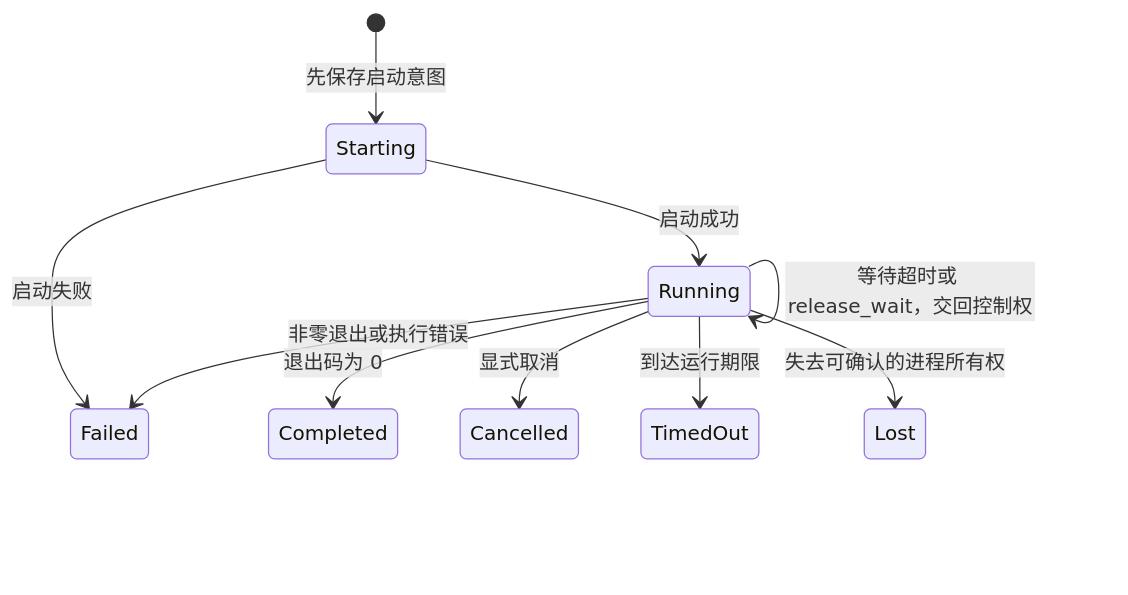
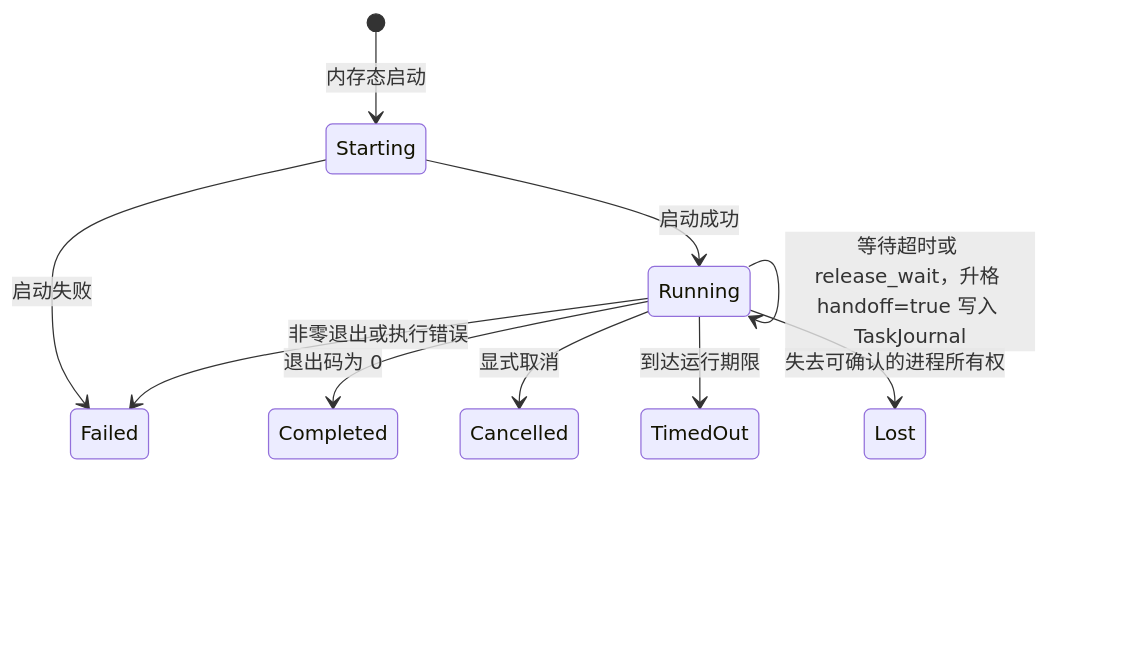
The diagram in docs/internals/05-autonomy/managed-tasks.zh-CN.md (Azzurroooo/rind), drawn with Mermaid before and after one commit. The commit also changed other lines of this file and 29 other files, not shown here.

```diff
--- a/docs/internals/05-autonomy/managed-tasks.zh-CN.md
+++ b/docs/internals/05-autonomy/managed-tasks.zh-CN.md
@@ -7,12 +7,12 @@
 ~~~mermaid
 stateDiagram-v2
-    [*] --> Starting: 先保存启动意图
+    [*] --> Starting: 内存态启动
     Starting --> Running: 启动成功
     Starting --> Failed: 启动失败
-    Running --> Running: 等待超时或 release_wait，交回控制权
+    Running --> Running: 等待超时或 release_wait，升格 handoff=true 写入 TaskJournal
     Running --> Completed: 退出码为 0
     Running --> Failed: 非零退出或执行错误
     Running --> Cancelled: 显式取消
     Running --> TimedOut: 到达运行期限
     Running --> Lost: 失去可确认的进程所有权
 ~~~
```
